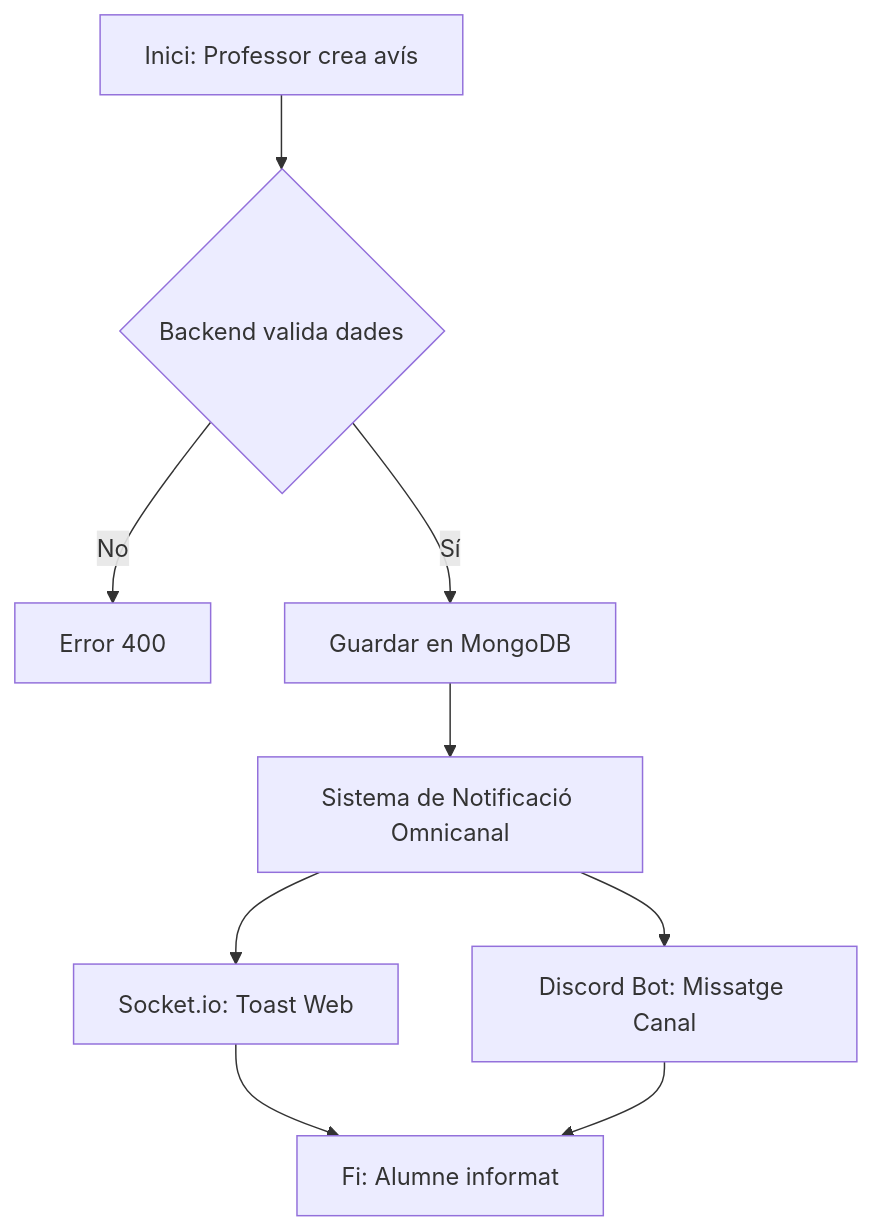
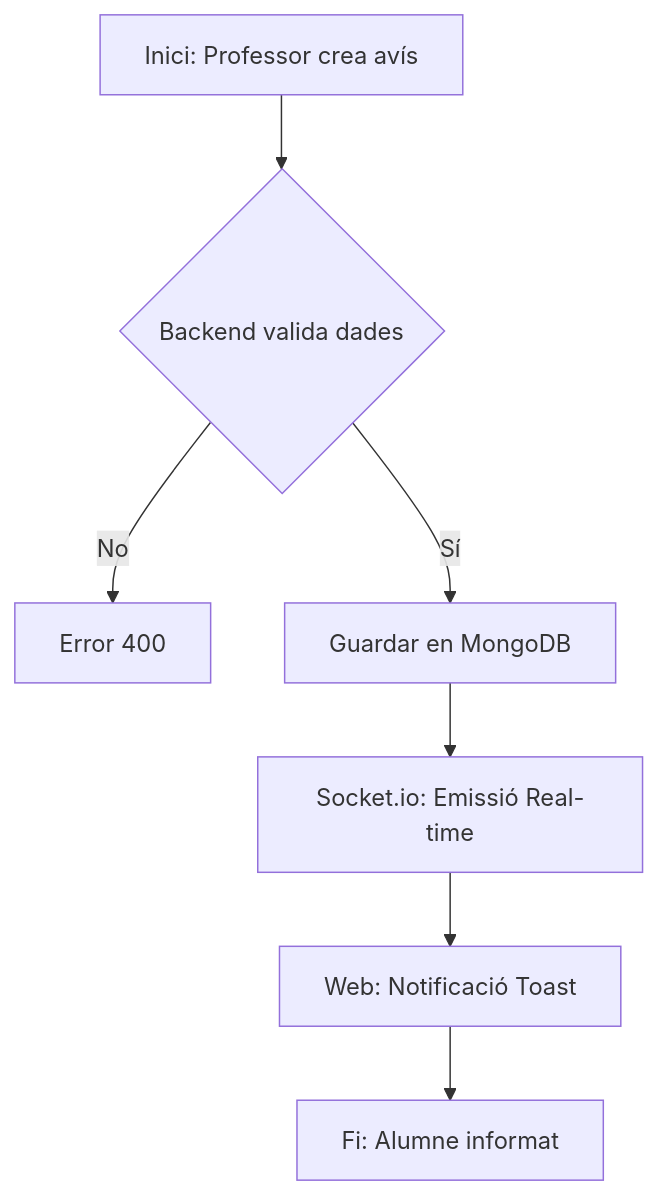
The second of 2 diagrams in doc/C-Disseny/Activity-Diagram.md (inspedralbes/projecte-final-2025-26-dam-tf-educonnect-arnaumarc), drawn with Mermaid before and after one commit. The commit also changed other lines of this file and 10 other files, not shown here.

````diff
--- a/doc/C-Disseny/Activity-Diagram.md
+++ b/doc/C-Disseny/Activity-Diagram.md
@@ -29,11 +24,9 @@
 ```mermaid
 graph TD
     A[Inici: Professor crea avís] --> B{Backend valida dades}
     B -- No --> C[Error 400]
     B -- Sí --> D[Guardar en MongoDB]
-    D --> E[Sistema de Notificació Omnicanal]
-    E --> F[Socket.io: Toast Web]
-    E --> G[Discord Bot: Missatge Canal]
+    D --> E[Socket.io: Emissió Real-time]
+    E --> F[Web: Notificació Toast]
     F --> I[Fi: Alumne informat]
-    G --> I
 ```
````
